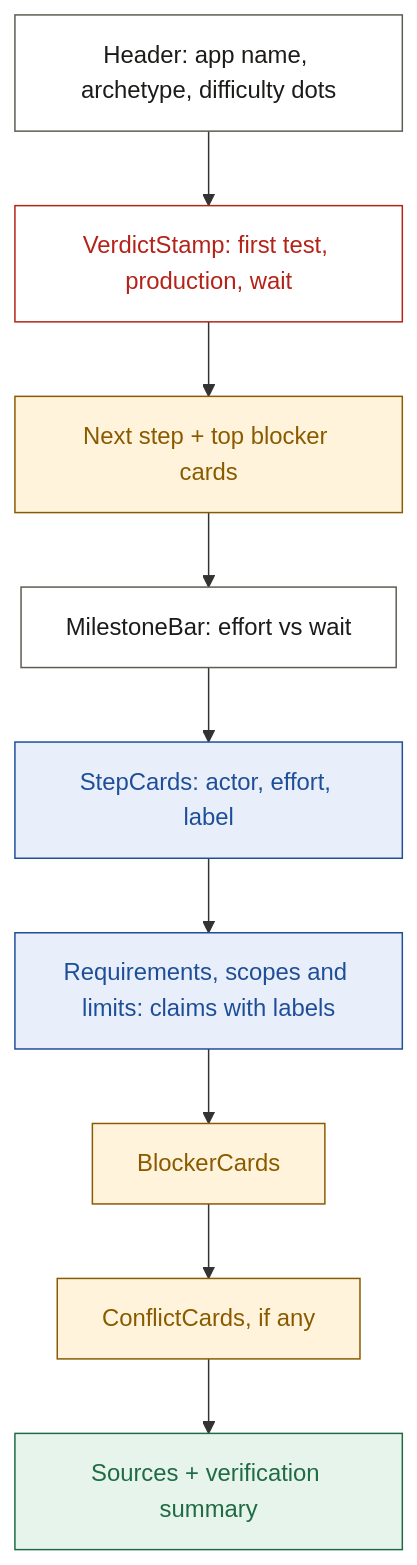
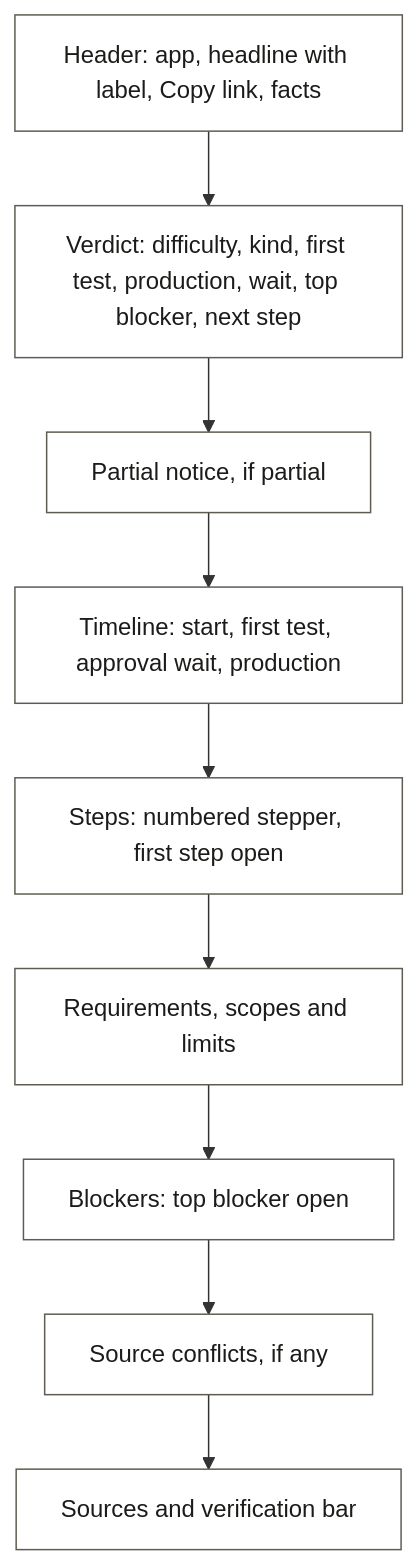
One commit to sahil-ladhania/stamp changed the diagram in docs/design-system.md. Above: the diagram before and after it, drawn with Mermaid. The commit also changed other lines of this file and 2 other files, not shown here.

````diff
--- a/docs/design-system.md
+++ b/docs/design-system.md
@@ -99,17 +118,13 @@
 ```mermaid
 flowchart TD
-    H[Header: app name, archetype, difficulty dots]:::ink --> V[VerdictStamp: first test, production, wait]:::stamp
-    V --> N[Next step + top blocker cards]:::unc
-    N --> M[MilestoneBar: effort vs wait]:::ink
-    M --> S[StepCards: actor, effort, label]:::src
-    S --> R[Requirements, scopes and limits: claims with labels]:::src
-    R --> B[BlockerCards]:::unc
-    B --> C[ConflictCards, if any]:::unc
-    C --> F[Sources + verification summary]:::ok
+    H[Header: app, headline with label, Copy link, facts]:::ink --> V[Verdict: difficulty, kind, first test, production, wait, top blocker, next step]:::ink
+    V --> P[Partial notice, if partial]:::ink
+    P --> T[Timeline: start, first test, approval wait, production]:::ink
+    T --> S[Steps: numbered stepper, first step open]:::ink
+    S --> R[Requirements, scopes and limits]:::ink
+    R --> B[Blockers: top blocker open]:::ink
+    B --> C[Source conflicts, if any]:::ink
+    C --> F[Sources and verification bar]:::ink
 
     classDef ink fill:#FFFFFF,stroke:#5F5B53,color:#1C1B19
-    classDef stamp fill:#FFFFFF,stroke:#B42318,color:#B42318
-    classDef unc fill:#FFF4DB,stroke:#8A5A00,color:#8A5A00
-    classDef src fill:#E8EFFA,stroke:#1F4E99,color:#1F4E99
-    classDef ok fill:#E6F4EC,stroke:#1F6B43,color:#1F6B43
 ```
````
